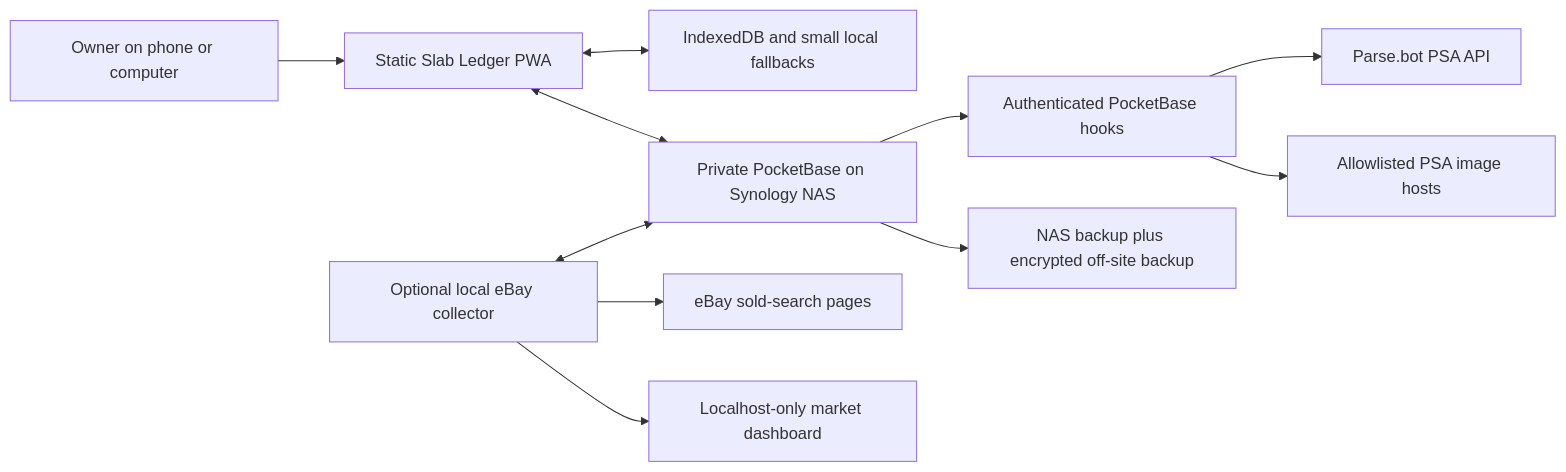
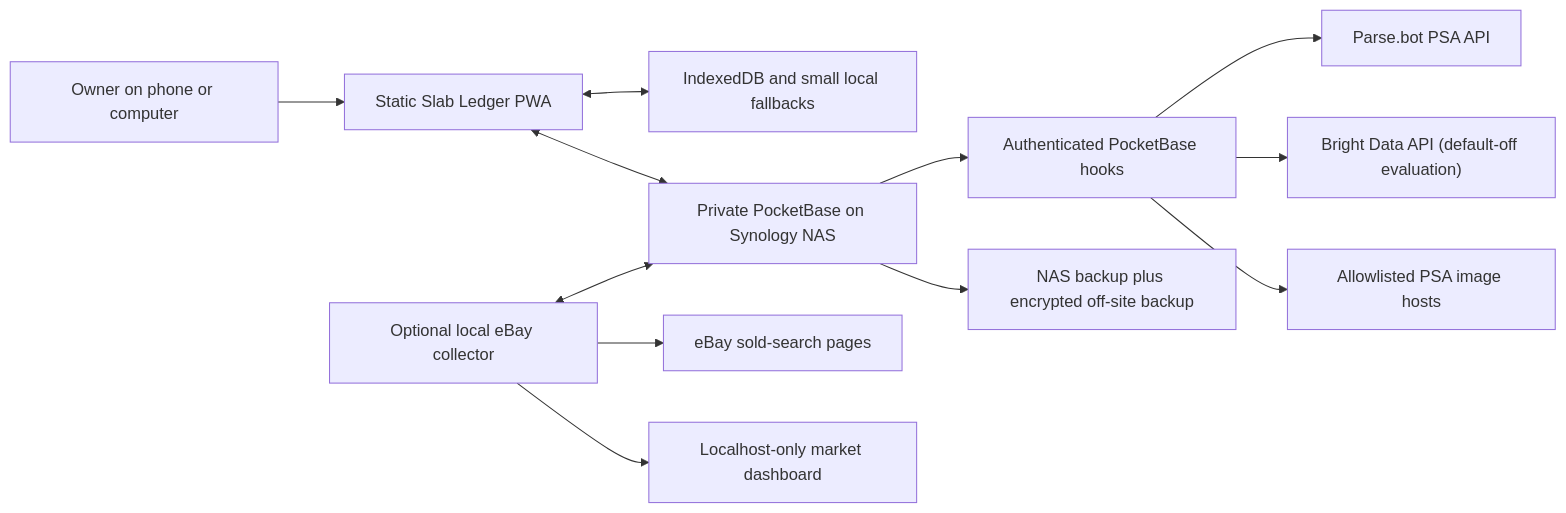
Before and after one commit to lhuynh17/card-ledger: the diagram in docs/Architecture.md, drawn with Mermaid. The commit also changed other lines of this file and 9 other files, not shown here.

Commit message:
Document Bright Data rollout and validation

````diff
--- a/docs/Architecture.md
+++ b/docs/Architecture.md
@@ -12,13 +12,14 @@
 ```mermaid
 flowchart LR
     U["Owner on phone or computer"] --> PWA["Static Slab Ledger PWA"]
     PWA <--> IDB["IndexedDB and small local fallbacks"]
     PWA <--> PB["Private PocketBase on Synology NAS"]
     PB --> HOOKS["Authenticated PocketBase hooks"]
     HOOKS --> PARSE["Parse.bot PSA API"]
+    HOOKS --> BRIGHT["Bright Data API (default-off evaluation)"]
     HOOKS --> PSAIMG["Allowlisted PSA image hosts"]
     COL["Optional local eBay collector"] <--> PB
     COL --> EBAY["eBay sold-search pages"]
     COL --> LOOP["Localhost-only market dashboard"]
     PB --> BAK["NAS backup plus encrypted off-site backup"]
 ```
````
